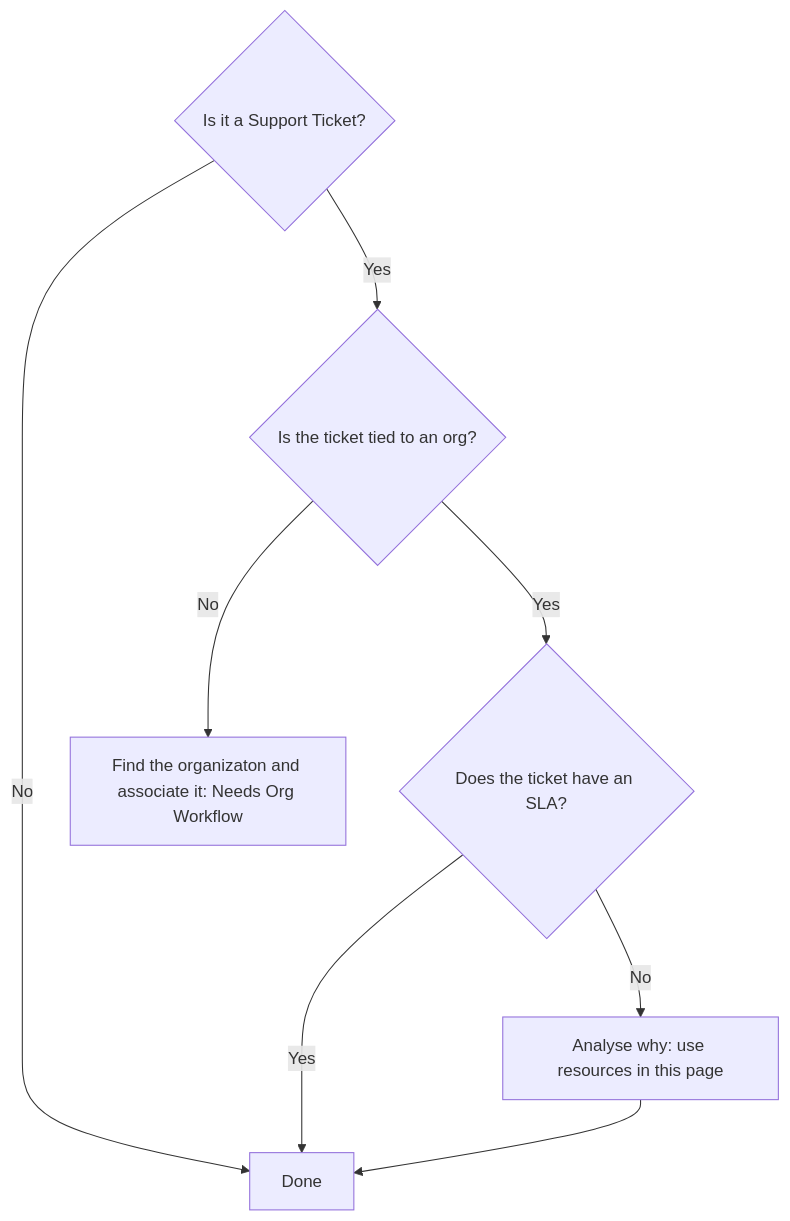
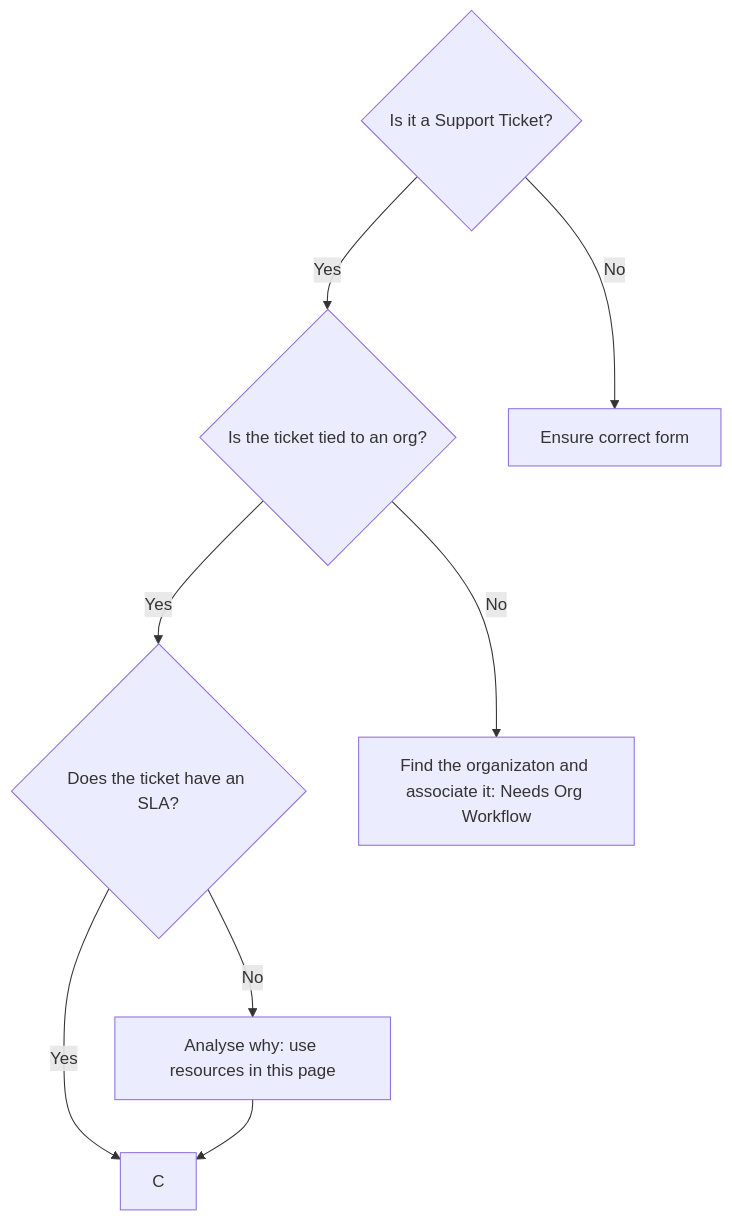
One commit to secretstartups/handbook changed the diagram in support/workflows/ticket_triage.html.md. Above: the diagram before and after it, drawn with Mermaid.

Commit message:
Apply 1 suggestion(s) to 1 file(s)

````diff
--- a/support/workflows/ticket_triage.html.md
+++ b/support/workflows/ticket_triage.html.md
@@ -20,10 +20,10 @@
 ```mermaid
 graph TD
     A{Is it a Support Ticket?}
     A -->|Yes| B{Is the ticket tied to an org?}
-    A -->|No| C[Done]
+    A -->|No| G[Ensure correct form]
     B -->|Yes| D{Does the ticket have an SLA?}
     B -->|No| E[Find the organizaton and associate it: Needs Org Workflow]
     D -->|Yes| C
     D -->|No| F[Analyse why: use resources in this page] --> C
 ```
````
